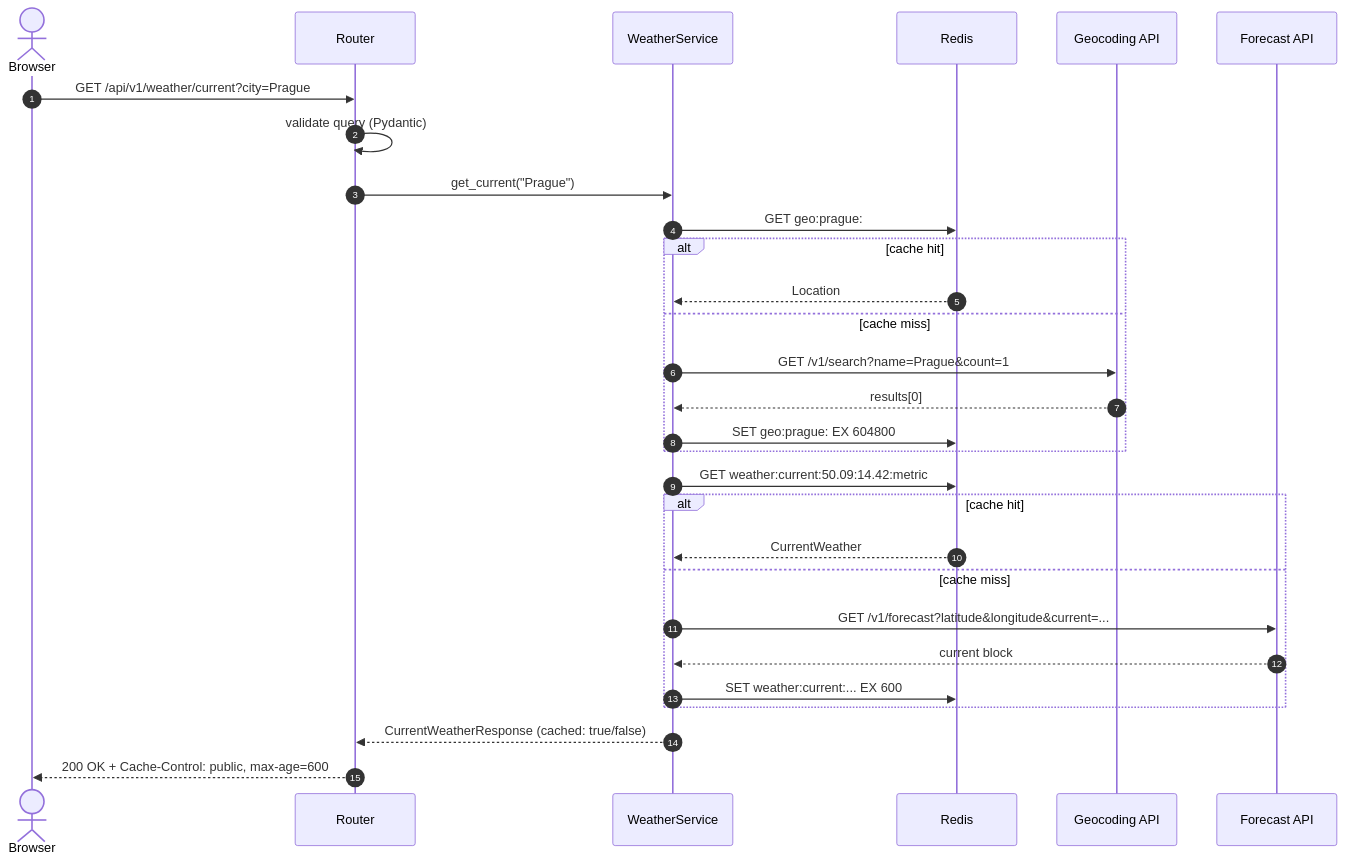
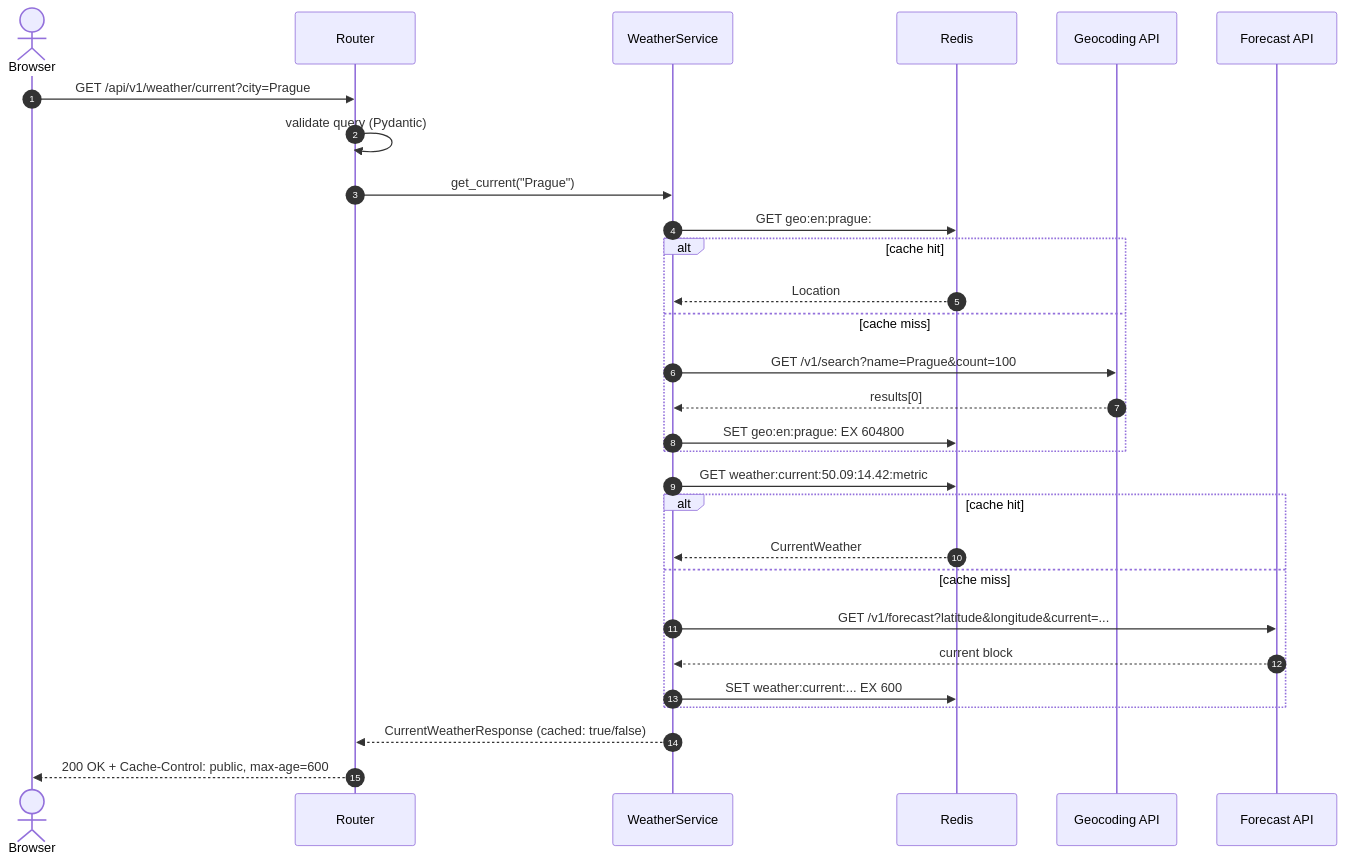
One commit to loktiyur/weather_forecaster changed the fourth of 8 diagrams in ARCHITECTURE.md. Above: the diagram before and after it, drawn with Mermaid. The commit also changed other lines of this file and 87 other files, not shown here.

````diff
--- a/ARCHITECTURE.md
+++ b/ARCHITECTURE.md
@@ -291,35 +292,35 @@
 ```mermaid
 sequenceDiagram
     autonumber
     actor U as Browser
     participant R as Router
     participant S as WeatherService
     participant C as Redis
     participant G as Geocoding API
     participant W as Forecast API
 
     U->>R: GET /api/v1/weather/current?city=Prague
     R->>R: validate query (Pydantic)
     R->>S: get_current("Prague")
 
-    S->>C: GET geo:prague:
+    S->>C: GET geo:en:prague:
     alt cache hit
         C-->>S: Location
     else cache miss
-        S->>G: GET /v1/search?name=Prague&count=1
+        S->>G: GET /v1/search?name=Prague&count=100
         G-->>S: results[0]
-        S->>C: SET geo:prague: EX 604800
+        S->>C: SET geo:en:prague: EX 604800
     end
 
     S->>C: GET weather:current:50.09:14.42:metric
     alt cache hit
         C-->>S: CurrentWeather
     else cache miss
         S->>W: GET /v1/forecast?latitude&longitude&current=...
         W-->>S: current block
         S->>C: SET weather:current:... EX 600
     end
 
     S-->>R: CurrentWeatherResponse (cached: true/false)
     R-->>U: 200 OK + Cache-Control: public, max-age=600
 ```
````
